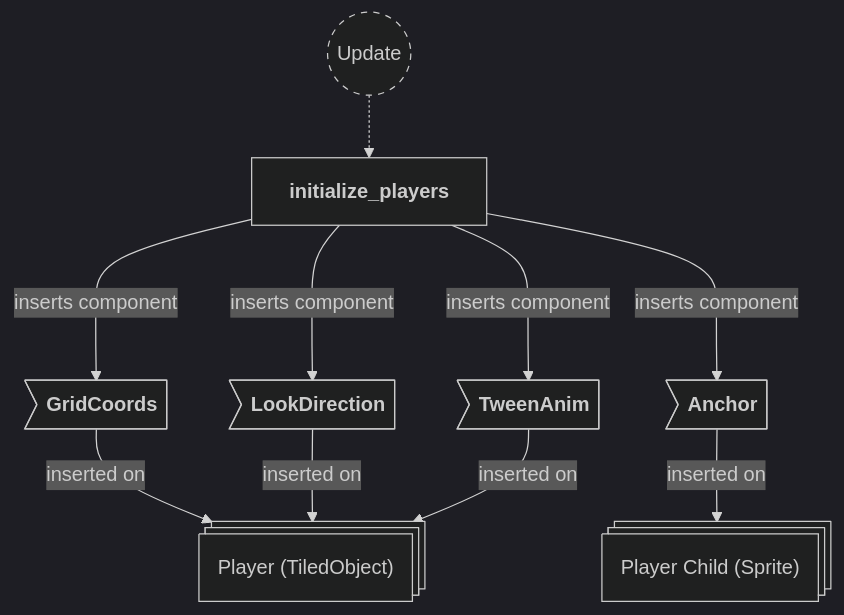
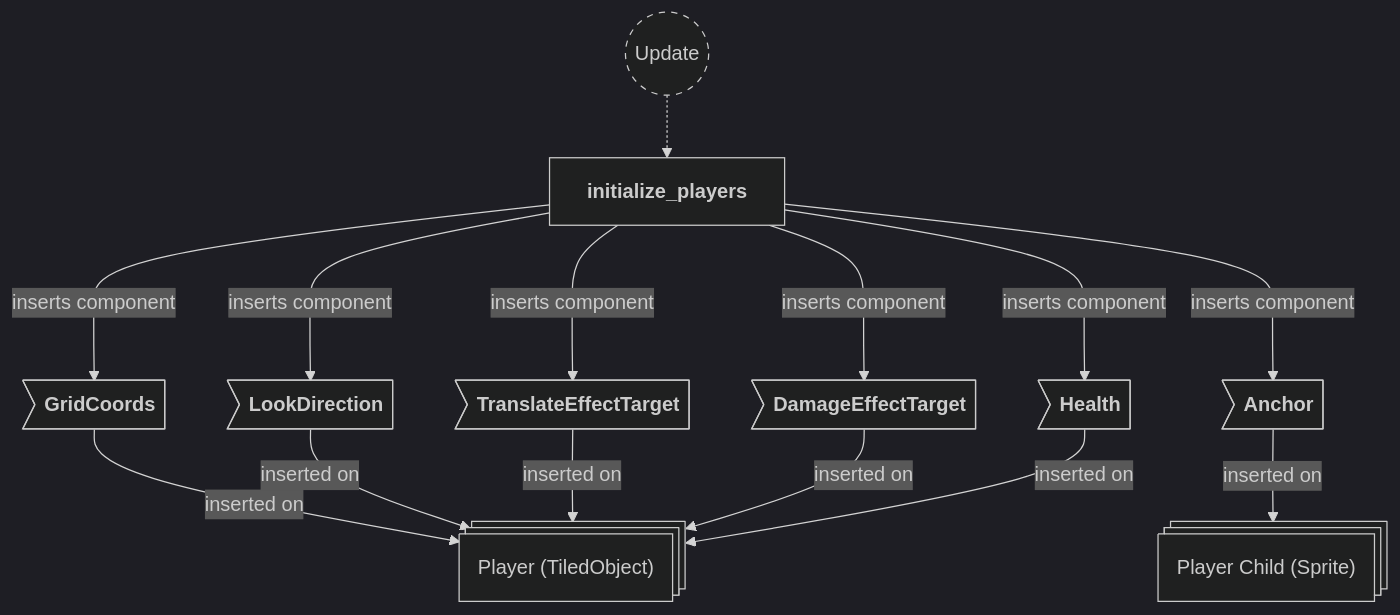
The seventh of 9 diagrams in backlog/docs/doc-3 - 001-Maps-plugin.md (neurosoup/tyled), drawn with Mermaid before and after one commit. The commit also changed other lines of this file and 11 other files, not shown here.

````diff
--- a/backlog/docs/doc-3 - 001-Maps-plugin.md
+++ b/backlog/docs/doc-3 - 001-Maps-plugin.md
@@ -231,32 +292,38 @@
 ```mermaid
 ---
 config:
   theme: dark
 ---
 
 flowchart TD
 classDef system-group stroke-dasharray: 5 5
 
 update(("`Update`")):::system-group
 initialize_players["`**initialize_players**`"]
 
 update -.-> initialize_players
 
 player_entity@{ shape: st-rect, label: "Player (TiledObject)" }
 child_entity@{ shape: st-rect, label: "Player Child (Sprite)" }
 
 pe_grid_coords>"`**GridCoords**`"]
 pe_look_direction>"`**LookDirection**`"]
-pe_tween>"`**TweenAnim**`"]
+pe_translate_effect>"`**TranslateEffectTarget**`"]
+pe_damage_effect>"`**DamageEffectTarget**`"]
+pe_health>"`**Health**`"]
 ce_anchor>"`**Anchor**`"]
 
 pe_grid_coords --> |inserted on| player_entity
 pe_look_direction --> |inserted on| player_entity
-pe_tween --> |inserted on| player_entity
+pe_translate_effect --> |inserted on| player_entity
+pe_damage_effect --> |inserted on| player_entity
+pe_health --> |inserted on| player_entity
 ce_anchor --> |inserted on| child_entity
 
 initialize_players ---> |inserts component| pe_grid_coords
 initialize_players ---> |inserts component| pe_look_direction
-initialize_players ---> |inserts component| pe_tween
+initialize_players ---> |inserts component| pe_translate_effect
+initialize_players ---> |inserts component| pe_damage_effect
+initialize_players ---> |inserts component| pe_health
 initialize_players ---> |inserts component| ce_anchor
 ```
````
